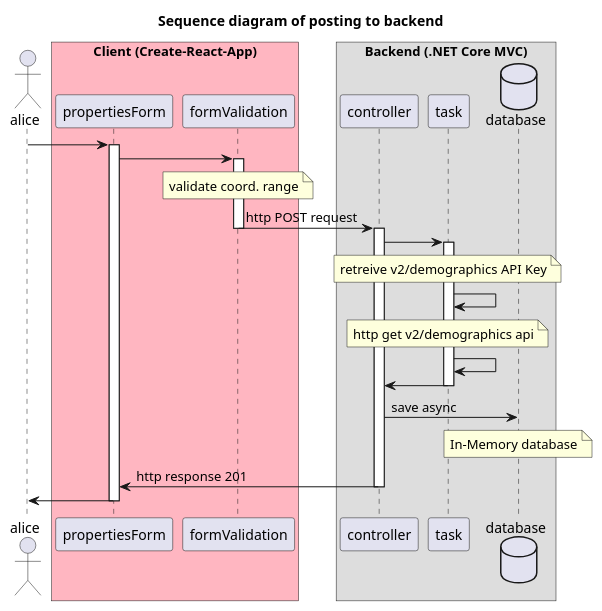
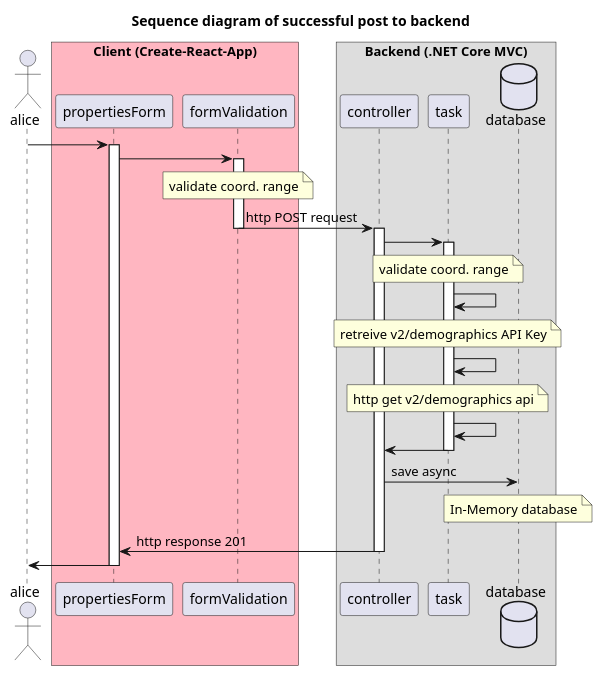
One commit to justinyng/dot-net-core-web-api changed the diagram in sequenceDiagram.wsd. Above: the diagram before and after it, drawn with PlantUML. The commit also changed 1 other file, not shown here.

```diff
--- a/sequenceDiagram.wsd
+++ b/sequenceDiagram.wsd
@@ -1,36 +1,38 @@
 @startuml
-title Sequence diagram of posting to backend
+title Sequence diagram of successful post to backend
 
 actor alice
 box "Client (Create-React-App)" #LightPink
 participant propertiesForm
 participant formValidation
 end box
 
 box "Backend (.NET Core MVC)"
 participant controller
 participant task
 database database
 
 end box
 
 alice -> propertiesForm ++
 propertiesForm -> formValidation ++
 note over formValidation: validate coord. range
 formValidation -> controller --++: http POST request
 formValidation --
 controller -> task ++
+note over task: validate coord. range
+task -> task 
 note over task: retreive v2/demographics API Key
 task -> task 
 note over task: http get v2/demographics api
 task -> task
 task -> controller --
 
 controller -> database: save async
 note over database: In-Memory database
 
 controller -> propertiesForm --: http response 201
 propertiesForm -> alice --
 
 
 @enduml
```
